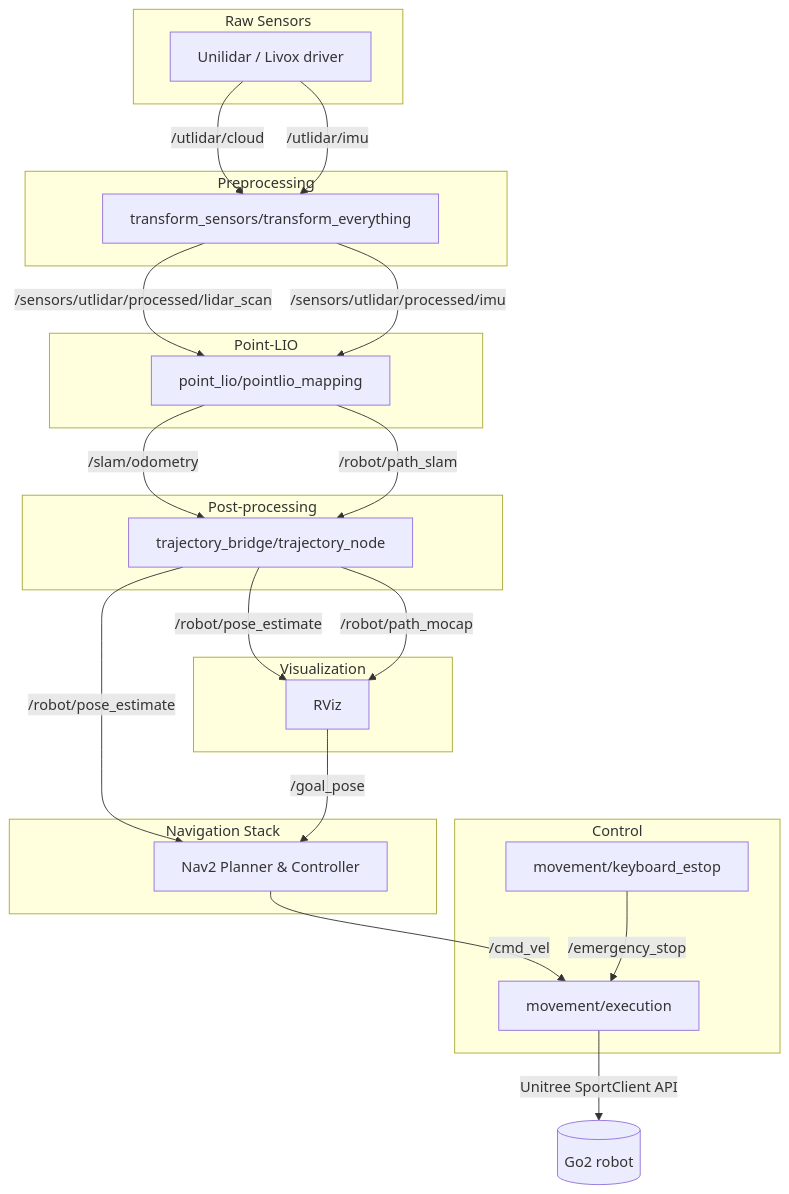
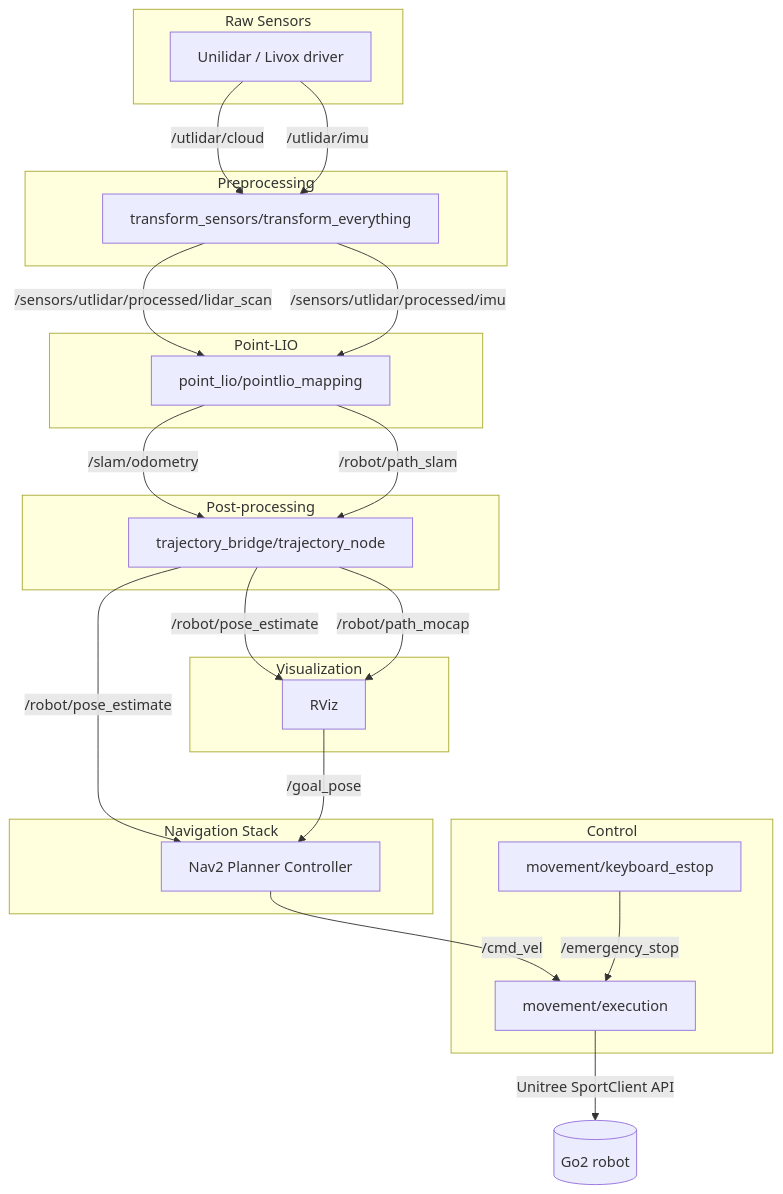
The diagram in docs/readme.md (aron-assani/point_lio_go2), drawn with Mermaid before and after one commit. The commit also changed other lines of this file, not shown here.

````diff
--- a/docs/readme.md
+++ b/docs/readme.md
@@ -29,51 +29,51 @@
 ```mermaid
 flowchart TB
   subgraph RawSensors[Raw Sensors]
     UL[Unilidar / Livox driver]
   end
 
   subgraph Preproc[Preprocessing]
     TS[transform_sensors/transform_everything]
   end
 
   subgraph SLAM[Point-LIO]
     PL[point_lio/pointlio_mapping]
   end
 
   subgraph Navigation[Navigation Stack]
-    NV[Nav2 Planner & Controller]
+    NV[Nav2 Planner Controller]
   end
 
   subgraph Post[Post-processing]
     TR[trajectory_bridge/trajectory_node]
   end
 
   subgraph Control[Control]
     EX[movement/execution]
     KE[movement/keyboard_estop]
   end
 
   subgraph Viz[Visualization]
     RV[RViz]
   end
 
   UL -->|/utlidar/cloud| TS
   UL -->|/utlidar/imu| TS
 
   TS -->|/sensors/utlidar/processed/lidar_scan| PL
   TS -->|/sensors/utlidar/processed/imu| PL
 
   PL -->|/slam/odometry| TR
   PL -->|/robot/path_slam| TR
 
   TR -->|/robot/pose_estimate| NV
   TR -->|/robot/pose_estimate| RV
   TR -->|/robot/path_mocap| RV
 
   RV -->|/goal_pose| NV
   NV -->|/cmd_vel| EX
   
   KE -->|/emergency_stop| EX
 
   EX -->|Unitree SportClient API| Hardware[(Go2 robot)]
 ```
````
